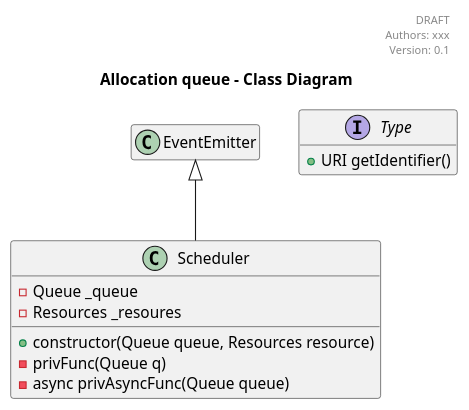
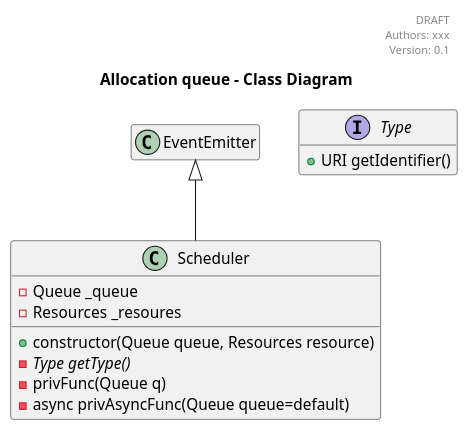
The diagram in examples/sample.puml (jupe/puml2code), drawn with PlantUML before and after one commit. The commit also changed 6 other files, not shown here.

First line of the commit message:
support for abstract method and default value for method parameters

```diff
--- a/examples/sample.puml
+++ b/examples/sample.puml
@@ -1,31 +1,32 @@
 @startuml
 
 header
 DRAFT
 Authors: xxx
 Version: 0.1
 endheader
 
 hide empty members
 
 title Allocation queue - Class Diagram
 
 
 interface Type {
     +URI getIdentifier()
 }
 
 class Scheduler {
     +constructor(Queue queue, Resources resource)
+    -{abstract}Type getType()
     -privFunc(Queue q)
-    -async privAsyncFunc(Queue queue)
+    -async privAsyncFunc(Queue queue=default)
     -Queue _queue
     -Resources _resoures
 }
 
 
 class EventEmitter
 Scheduler -up-|> EventEmitter
 
 
 @enduml
```
